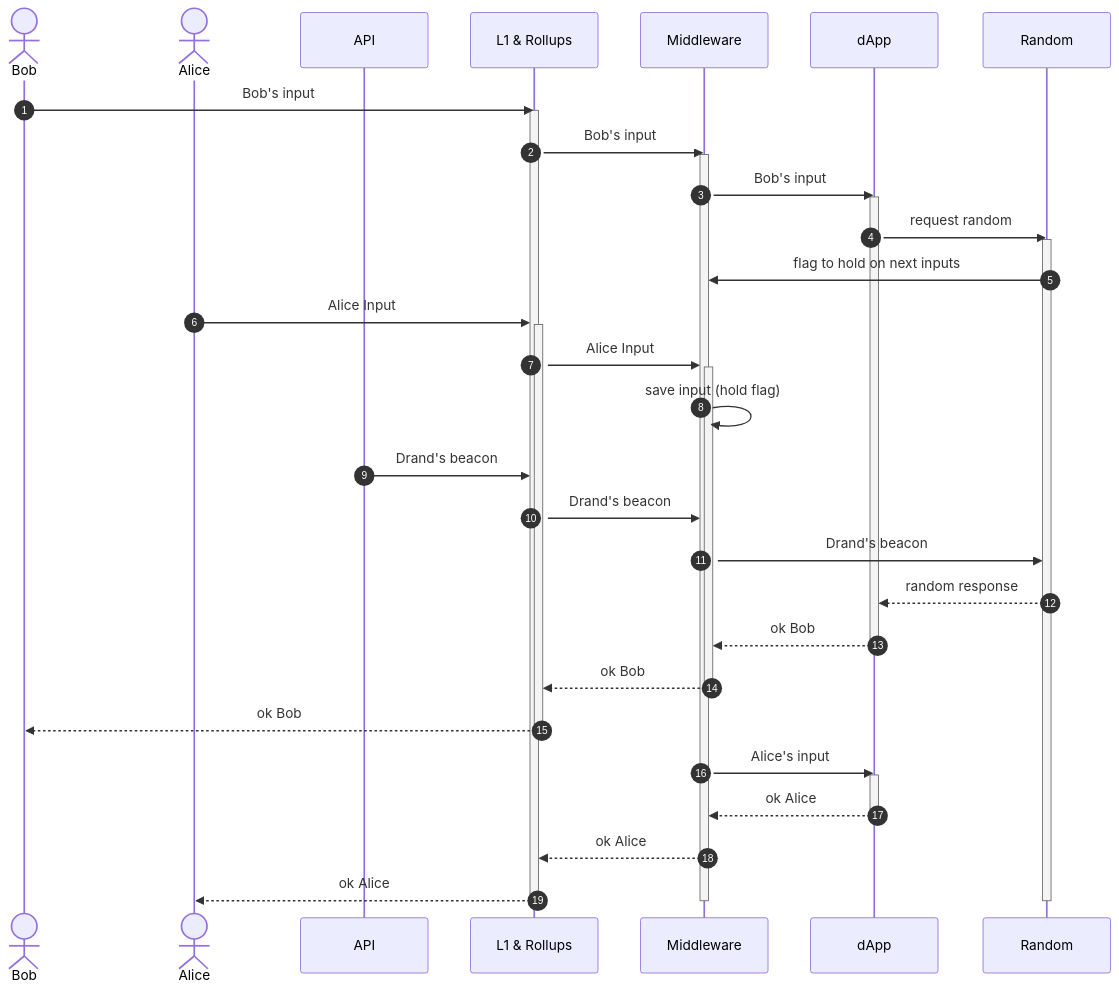
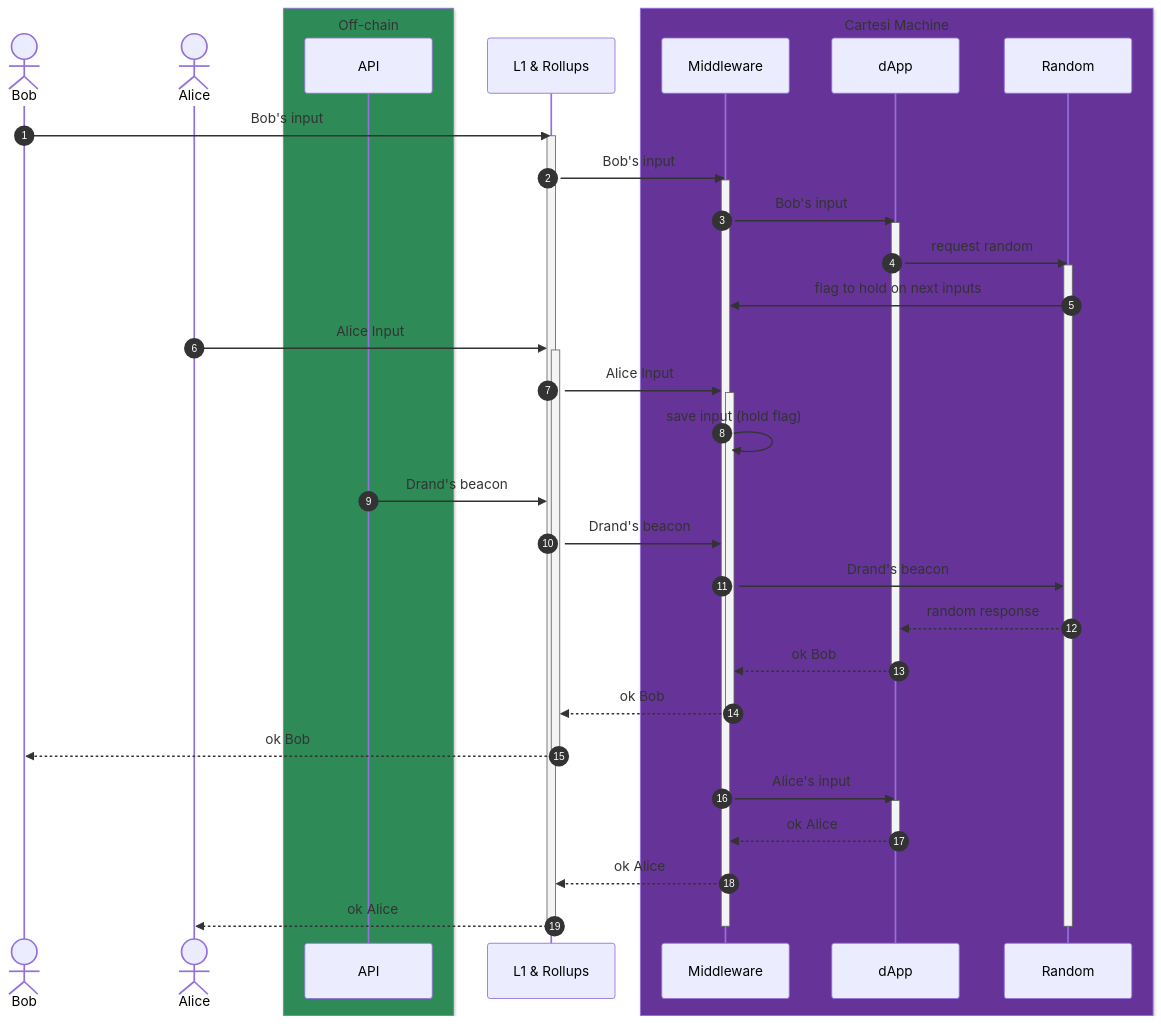
One commit to Calindra/cartesi-drand changed the diagram in README.md. Above: the diagram before and after it, drawn with Mermaid.

Commit message:
docs: add group

````diff
--- a/README.md
+++ b/README.md
@@ -3,45 +3,51 @@
 ```mermaid
 sequenceDiagram
     autonumber
     actor Bob
     actor Alice
+
+    box seagreen Off-chain
     participant API
+    end
     participant L1 & Rollups
+
+    box rebeccapurple Cartesi Machine
     participant Middleware
     participant dApp
     participant Random
+    end
 
     Bob->>L1 & Rollups: Bob's input
     activate L1 & Rollups
     L1 & Rollups->>Middleware: Bob's input
     activate Middleware
     Middleware->>dApp: Bob's input
     activate dApp
     dApp->>Random: request random
     activate Random
     Random->>Middleware: flag to hold on next inputs
     Alice->>L1 & Rollups: Alice Input
     activate L1 & Rollups
     L1 & Rollups->>Middleware: Alice Input
     activate Middleware
     Middleware ->> Middleware: save input (hold flag)
     API->>L1 & Rollups: Drand's beacon
     L1 & Rollups->>Middleware: Drand's beacon
     Middleware->>Random: Drand's beacon
     Random-->>dApp: random response
     dApp-->>Middleware: ok Bob
     deactivate dApp
     Middleware-->>L1 & Rollups: ok Bob
     deactivate Middleware
     L1 & Rollups-->>Bob: ok Bob
     deactivate L1 & Rollups
     Middleware->>dApp: Alice's input
     activate dApp
     dApp-->>Middleware: ok Alice
     deactivate dApp
     Middleware-->>L1 & Rollups: ok Alice
     L1 & Rollups-->>Alice: ok Alice
     deactivate Random
     deactivate Middleware
     deactivate L1 & Rollups
 ```
````
